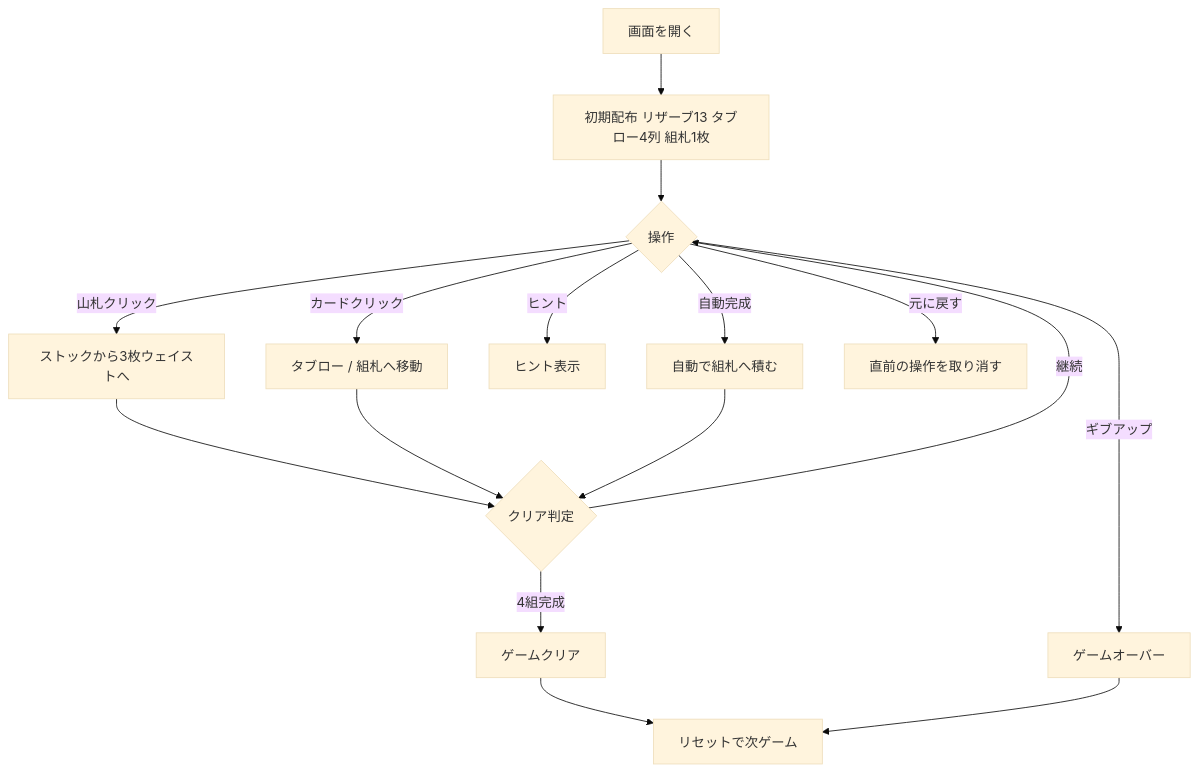
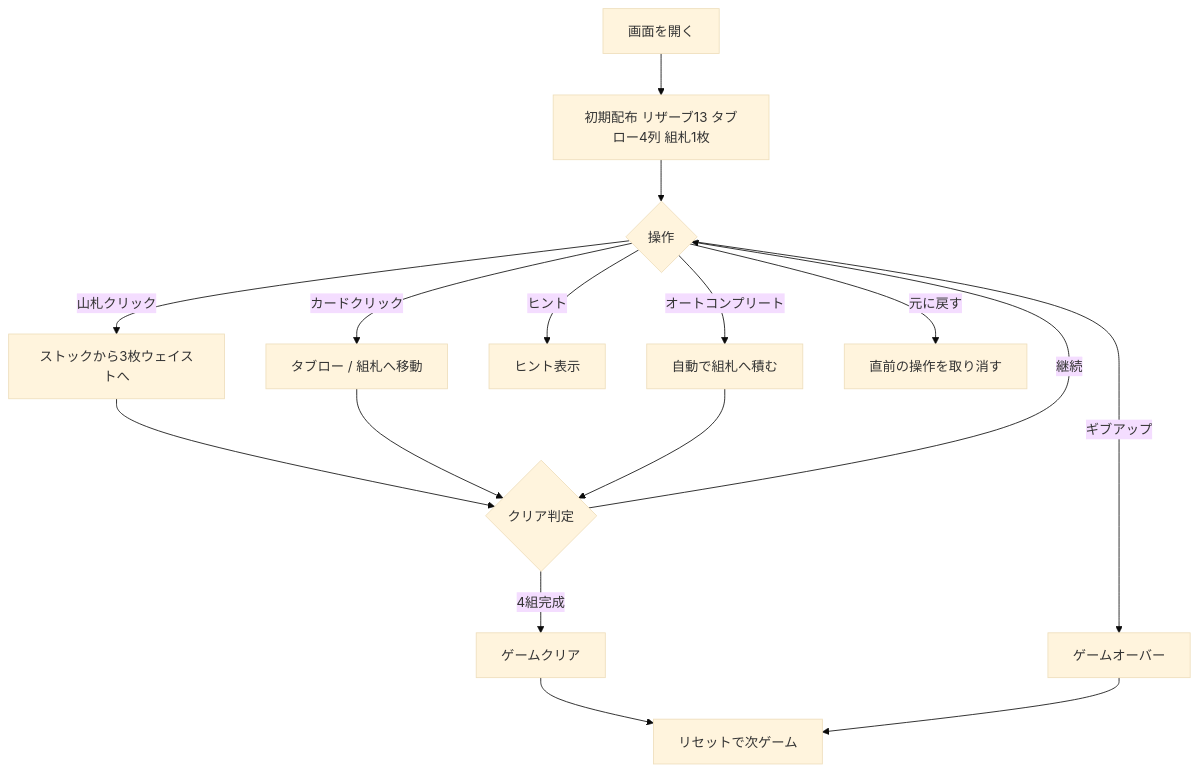
The diagram in docs/manual/web/canfield.md (yuta-yoshinaga/go_trumpcards), drawn with Mermaid (base theme) before and after one commit. The commit also changed other lines of this file and 115 other files, not shown here.

````diff
--- a/docs/manual/web/canfield.md
+++ b/docs/manual/web/canfield.md
@@ -39,18 +39,18 @@
 ```mermaid
 flowchart TD
     A[画面を開く] --> B[初期配布 リザーブ13 タブロー4列 組札1枚]
     B --> C{操作}
     C -->|山札クリック| D[ストックから3枚ウェイストへ]
     C -->|カードクリック| E[タブロー / 組札へ移動]
     C -->|ヒント| F[ヒント表示]
-    C -->|自動完成| G[自動で組札へ積む]
+    C -->|オートコンプリート| G[自動で組札へ積む]
     C -->|元に戻す| H[直前の操作を取り消す]
     D --> I{クリア判定}
     E --> I
     G --> I
     I -->|4組完成| J[ゲームクリア]
     I -->|継続| C
     C -->|ギブアップ| K[ゲームオーバー]
     J --> L[リセットで次ゲーム]
     K --> L
 ```
````
